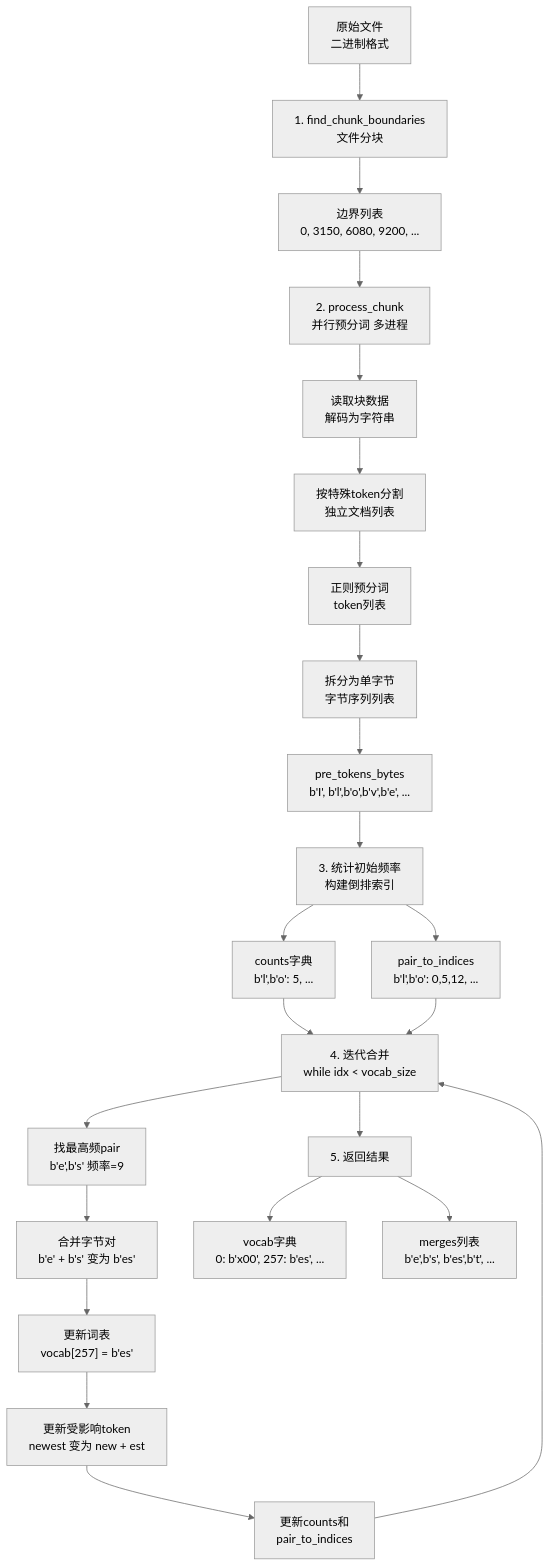
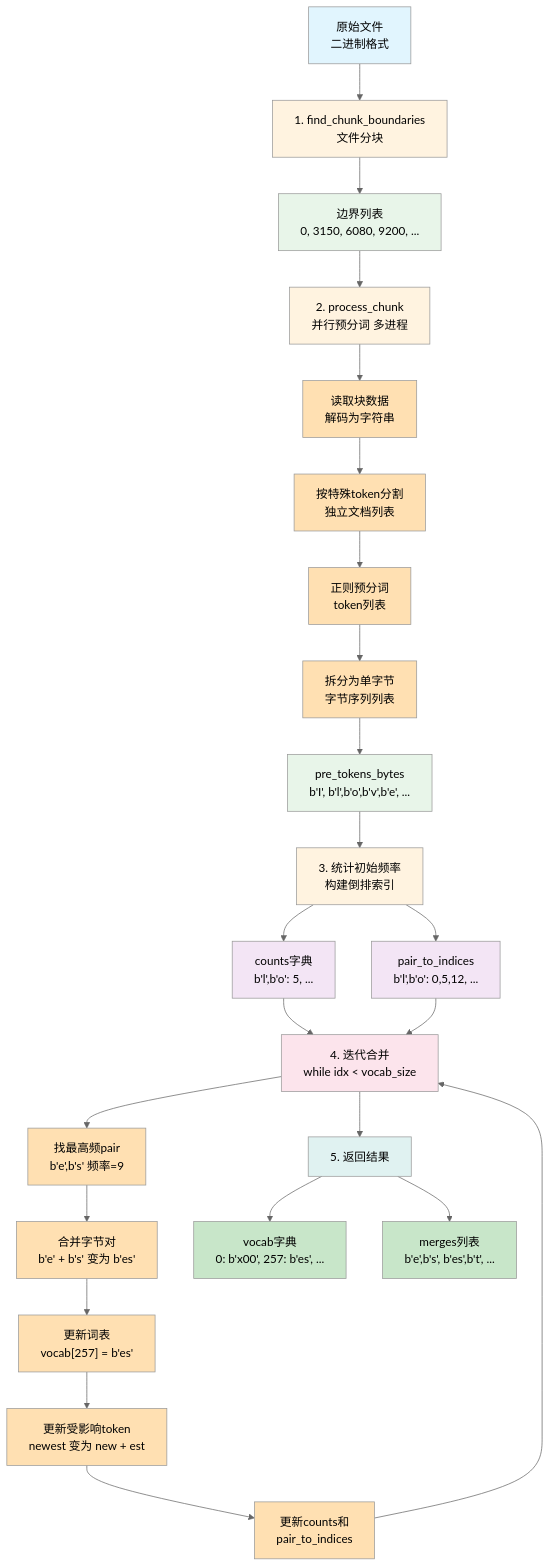
Before and after one commit to Zheng-Enci/Knoweledges: the diagram in Transformer/09a-斯坦福cs336作业一-BPE分词器.md, drawn with Mermaid (neutral theme).

Commit message:
docs: 为Mermaid流程图节点添加不同背景颜色

````diff
--- a/Transformer/09a-斯坦福cs336作业一-BPE分词器.md
+++ b/Transformer/09a-斯坦福cs336作业一-BPE分词器.md
@@ -159,31 +159,40 @@
 ```mermaid
 graph TD
-    A["原始文件<br/>二进制格式"] --> B["1. find_chunk_boundaries<br/>文件分块"]
-    B --> C["边界列表<br/>0, 3150, 6080, 9200, ..."]
-    C --> D["2. process_chunk<br/>并行预分词 多进程"]
+    A["原始文件<br/>二进制格式"]:::input --> B["1. find_chunk_boundaries<br/>文件分块"]:::process
+    B --> C["边界列表<br/>0, 3150, 6080, 9200, ..."]:::data
+    C --> D["2. process_chunk<br/>并行预分词 多进程"]:::process
     
-    D --> D1["读取块数据<br/>解码为字符串"]
-    D1 --> D2["按特殊token分割<br/>独立文档列表"]
-    D2 --> D3["正则预分词<br/>token列表"]
-    D3 --> D4["拆分为单字节<br/>字节序列列表"]
+    D --> D1["读取块数据<br/>解码为字符串"]:::subprocess
+    D1 --> D2["按特殊token分割<br/>独立文档列表"]:::subprocess
+    D2 --> D3["正则预分词<br/>token列表"]:::subprocess
+    D3 --> D4["拆分为单字节<br/>字节序列列表"]:::subprocess
     
-    D4 --> E["pre_tokens_bytes<br/>b'I', b'l',b'o',b'v',b'e', ..."]
-    E --> F["3. 统计初始频率<br/>构建倒排索引"]
+    D4 --> E["pre_tokens_bytes<br/>b'I', b'l',b'o',b'v',b'e', ..."]:::data
+    E --> F["3. 统计初始频率<br/>构建倒排索引"]:::process
     
-    F --> F1["counts字典<br/>b'l',b'o': 5, ..."]
-    F --> F2["pair_to_indices<br/>b'l',b'o': 0,5,12, ..."]
+    F --> F1["counts字典<br/>b'l',b'o': 5, ..."]:::datastruct
+    F --> F2["pair_to_indices<br/>b'l',b'o': 0,5,12, ..."]:::datastruct
     
-    F1 --> G["4. 迭代合并<br/>while idx < vocab_size"]
+    F1 --> G["4. 迭代合并<br/>while idx < vocab_size"]:::loop
     F2 --> G
     
-    G --> G1["找最高频pair<br/>b'e',b's' 频率=9"]
-    G1 --> G2["合并字节对<br/>b'e' + b's' 变为 b'es'"]
-    G2 --> G3["更新词表<br/>vocab[257] = b'es'"]
-    G3 --> G4["更新受影响token<br/>newest 变为 new + est"]
-    G4 --> G5["更新counts和<br/>pair_to_indices"]
+    G --> G1["找最高频pair<br/>b'e',b's' 频率=9"]:::subprocess
+    G1 --> G2["合并字节对<br/>b'e' + b's' 变为 b'es'"]:::subprocess
+    G2 --> G3["更新词表<br/>vocab[257] = b'es'"]:::subprocess
+    G3 --> G4["更新受影响token<br/>newest 变为 new + est"]:::subprocess
+    G4 --> G5["更新counts和<br/>pair_to_indices"]:::subprocess
     G5 --> G
     
-    G --> H["5. 返回结果"]
-    H --> H1["vocab字典<br/>0: b'x00', 257: b'es', ..."]
-    H --> H2["merges列表<br/>b'e',b's', b'es',b't', ..."]
+    G --> H["5. 返回结果"]:::output
+    H --> H1["vocab字典<br/>0: b'x00', 257: b'es', ..."]:::result
+    H --> H2["merges列表<br/>b'e',b's', b'es',b't', ..."]:::result
+
+    classDef input fill:#e1f5fe
+    classDef process fill:#fff3e0
+    classDef subprocess fill:#ffe0b2
+    classDef data fill:#e8f5e9
+    classDef datastruct fill:#f3e5f5
+    classDef loop fill:#fce4ec
+    classDef output fill:#e0f2f1
+    classDef result fill:#c8e6c9
 ```
````
